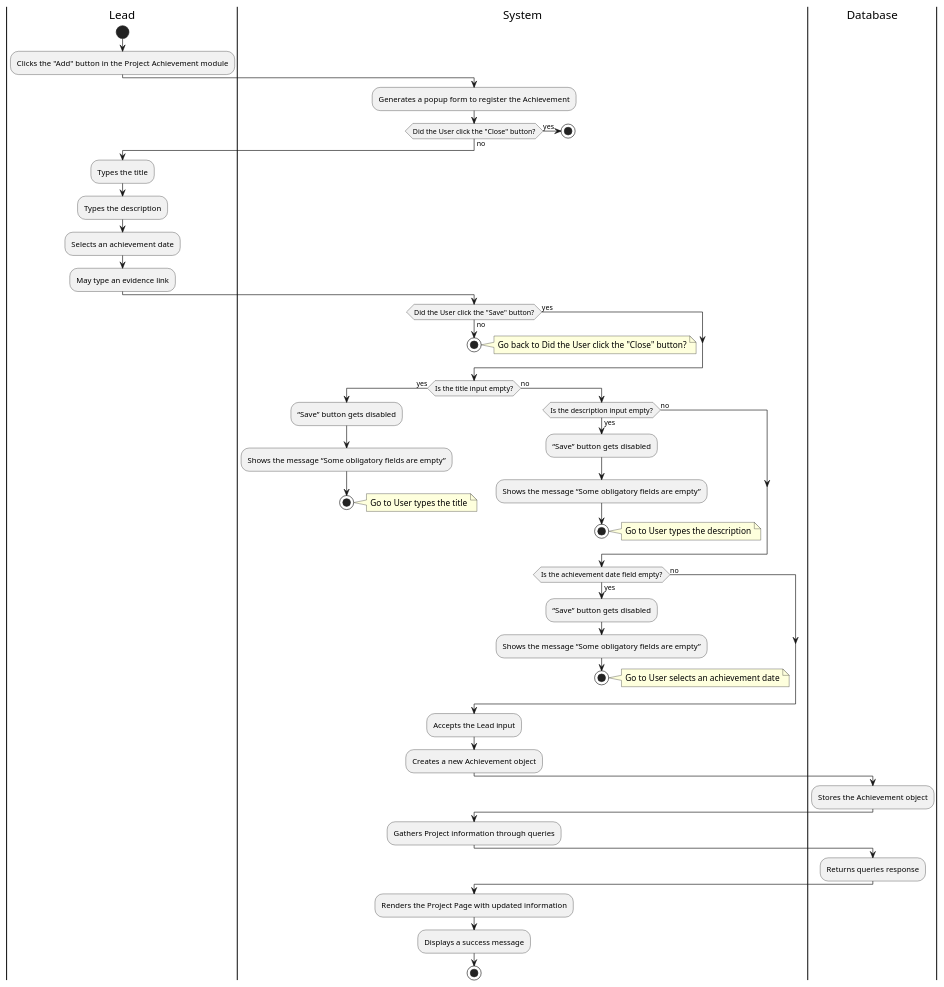
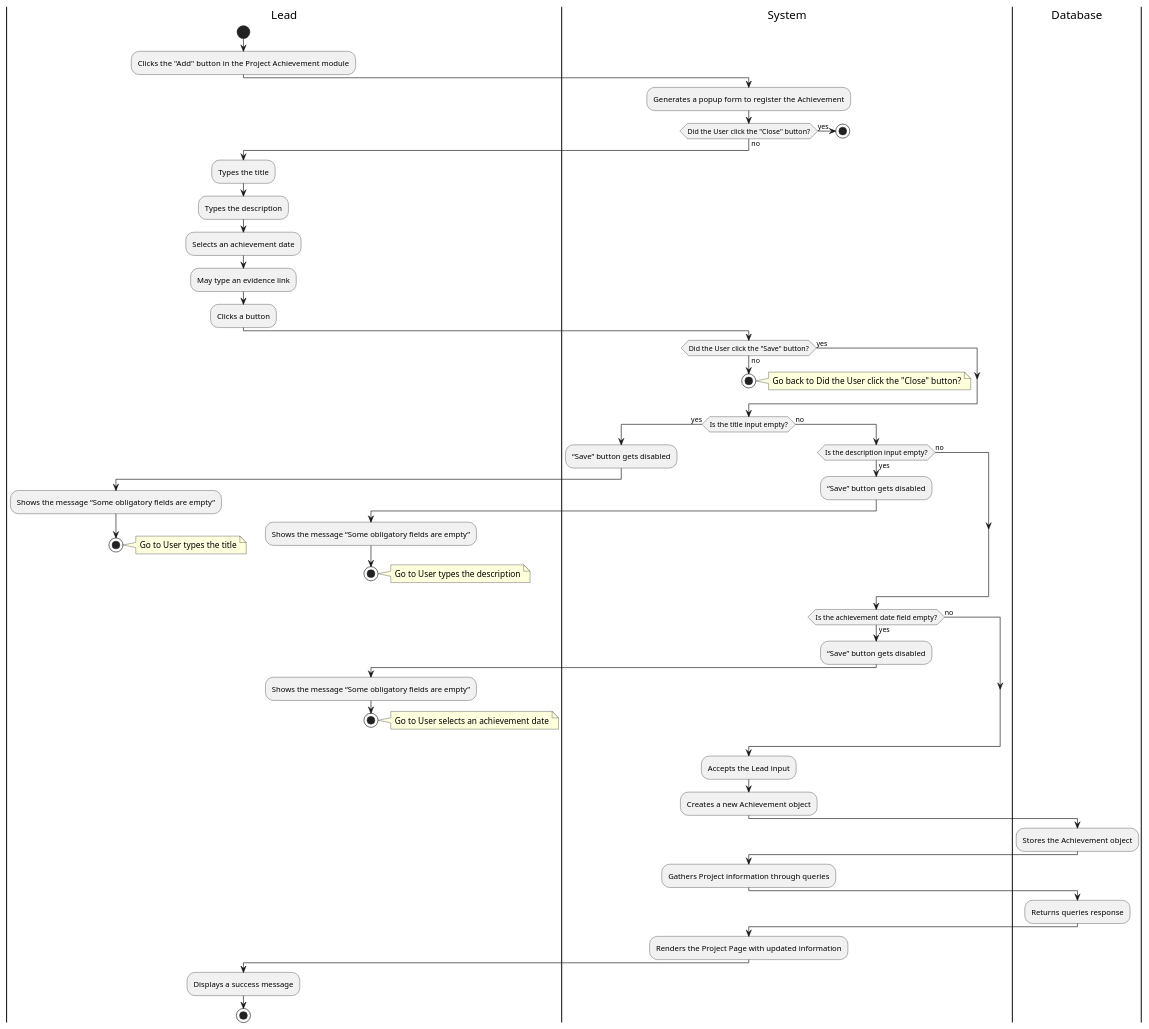
Before and after one commit to Berthou05/LimboSoftwareDevelopment_Change.org: the diagram in documentation/activity_diagrams/PROJ-13-ActivityDiagram.puml, drawn with PlantUML. The commit also changed 14 other files, not shown here.

Commit message:
[DOCS]: Correction of Activity Diagrams. Addition of ADMIN-03, EMP-02, PROJ-11. Naming modifications of ADMIN-04, ADMIN-05 and ADMIN-06.

```diff
--- a/documentation/activity_diagrams/PROJ-13-ActivityDiagram.puml
+++ b/documentation/activity_diagrams/PROJ-13-ActivityDiagram.puml
@@ -1,74 +1,82 @@
 @startuml
 
 |Lead|
 start
 :Clicks the "Add" button in the Project Achievement module;
 |System|
 :Generates a popup form to register the Achievement;
 if(Did the User click the "Close" button?) is (yes) then
     stop
 else(no)
 end if
 
 |Lead|
 :Types the title;
 :Types the description;
 :Selects an achievement date;
 :May type an evidence link;
+:Clicks a button;
 
 |System|
 if(Did the User click the "Save" button?) is (yes) then
 else(no)
     stop
     note right
         Go back to Did the User click the "Close" button?
     end note
 end if
 
 |System|
 if(Is the title input empty?) is (yes) then
     |System|
     :“Save” button gets disabled;
+    |Lead|
     :Shows the message “Some obligatory fields are empty”;
     stop
     note right
         Go to User types the title
     end note
+    |System|
 else(no)
     if(Is the description input empty?) is (yes) then
         |System|
         :“Save” button gets disabled;
+        |Lead|
         :Shows the message “Some obligatory fields are empty”;
         stop
         note right
             Go to User types the description
         end note
+        |System|
     else(no)
     end if
         if(Is the achievement date field empty?) is (yes) then
             |System|
             :“Save” button gets disabled;
+            |Lead|
             :Shows the message “Some obligatory fields are empty”;
             stop
             note right
                 Go to User selects an achievement date
             end note
+            |System|
         else(no)
         end if
     end if
     |System|
     :Accepts the Lead input;
     :Creates a new Achievement object;
     |Database|
     :Stores the Achievement object;
     |System|
     :Gathers Project information through queries;
     |Database|
     :Returns queries response;
     |System|
     :Renders the Project Page with updated information;
+    |Lead|
     :Displays a success message;
     stop
 
 
 @enduml
```
